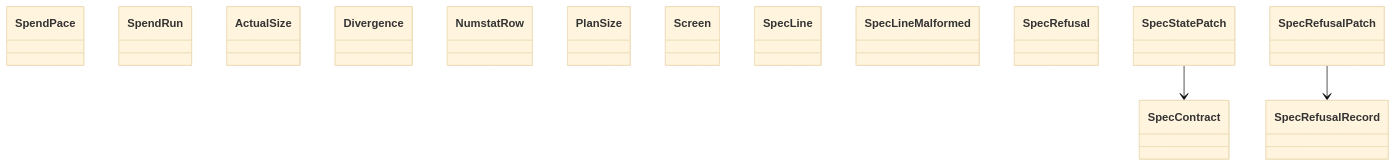
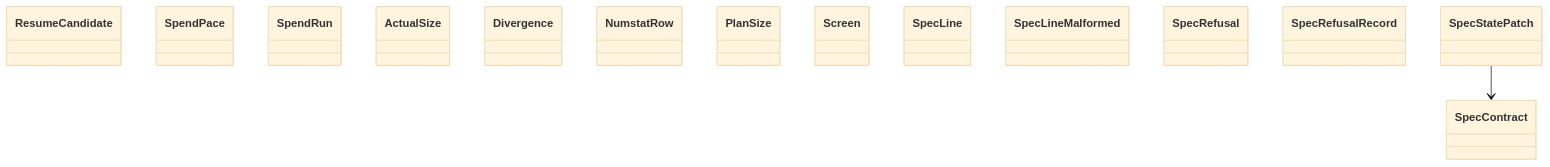
The diagram in docs/architecture/generated/classes-process-domain-state-3.md (GonzaloZevallos/agentic-system), drawn with Mermaid (base theme) before and after one commit. The commit also changed other lines of this file and 9 other files, not shown here.

Commit message:
Regenerate the architecture docs for DrawingEscalation.stage and the plan resume

````diff
--- a/docs/architecture/generated/classes-process-domain-state-3.md
+++ b/docs/architecture/generated/classes-process-domain-state-3.md
@@ -30,19 +30,18 @@
 ```mermaid
 classDiagram
+    class rules__ResumeCandidate["ResumeCandidate"]
     class rules__SpendPace["SpendPace"]
     class rules__SpendRun["SpendRun"]
     class size_budget__ActualSize["ActualSize"]
     class size_budget__Divergence["Divergence"]
     class size_budget__NumstatRow["NumstatRow"]
     class size_budget__PlanSize["PlanSize"]
     class spec_delivery__Screen["Screen"]
     class spec_delivery__SpecContract["SpecContract"]
     class spec_delivery__SpecLine["SpecLine"]
     class spec_delivery__SpecLineMalformed["SpecLineMalformed"]
     class spec_delivery__SpecRefusal["SpecRefusal"]
     class spec_delivery__SpecRefusalRecord["SpecRefusalRecord"]
     class spec_delivery__SpecStatePatch["SpecStatePatch"]
-    class spec_route__SpecRefusalPatch["SpecRefusalPatch"]
     spec_delivery__SpecStatePatch --> spec_delivery__SpecContract
-    spec_route__SpecRefusalPatch --> spec_delivery__SpecRefusalRecord
 ```
````
